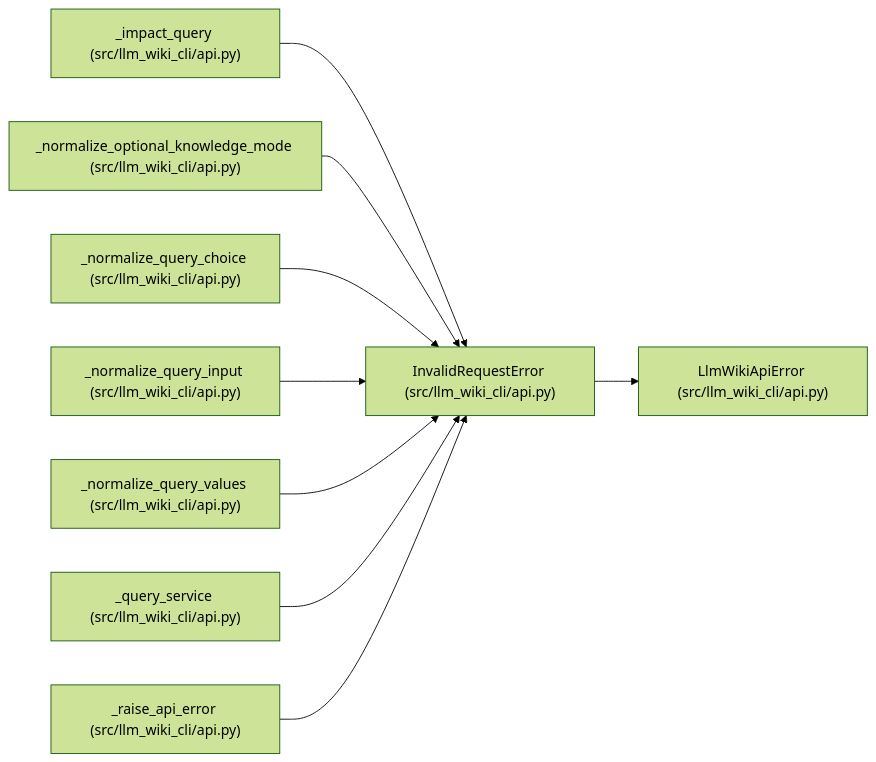
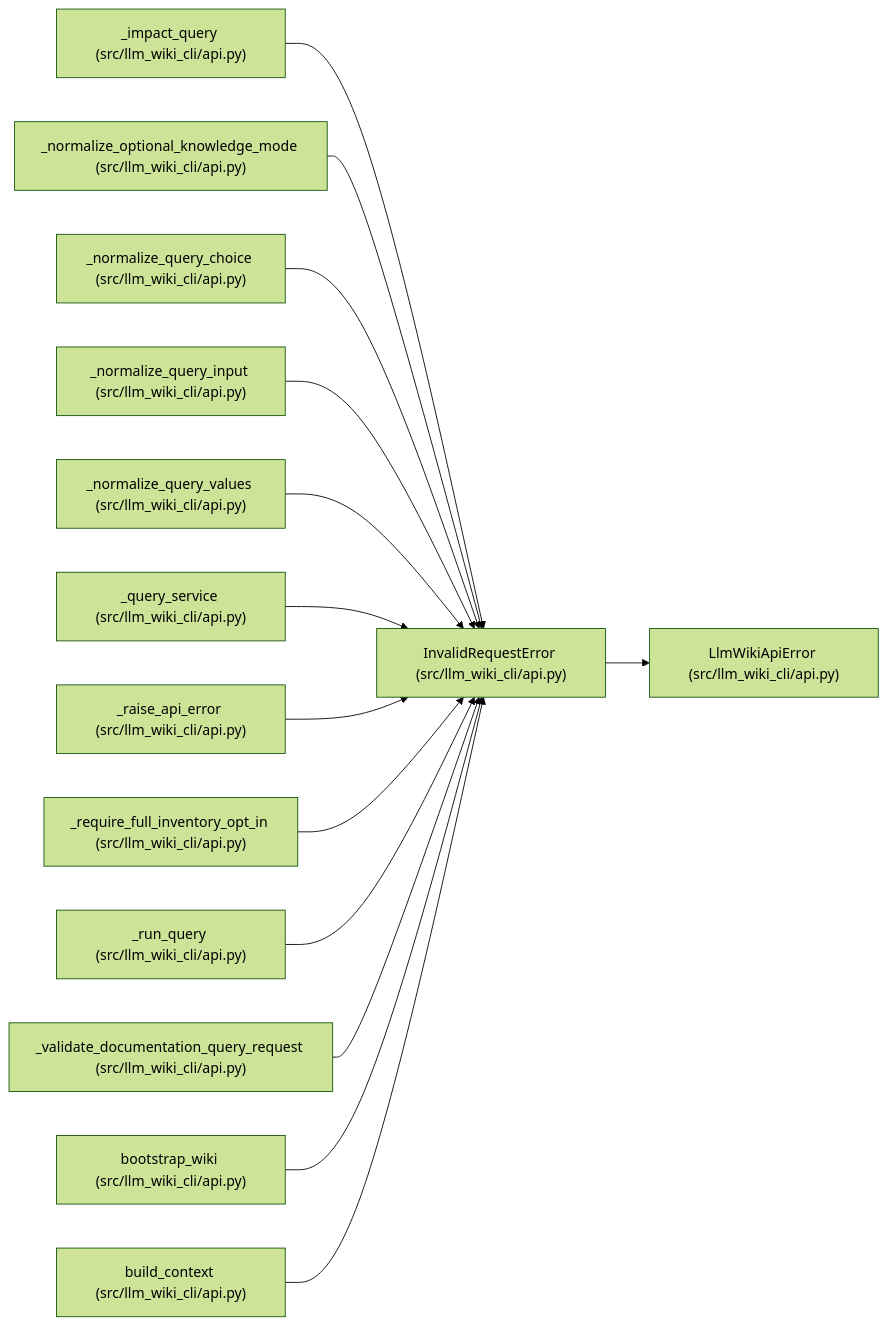
One commit to Denissvgn/python-wiki-llm changed the diagram in docs/llm_wiki/entities/InvalidRequestError.md. Above: the diagram before and after it, drawn with Mermaid (forest theme). The commit also changed other lines of this file and 493 other files, not shown here.

````diff
--- a/docs/llm_wiki/entities/InvalidRequestError.md
+++ b/docs/llm_wiki/entities/InvalidRequestError.md
@@ -23,29 +23,44 @@
 ```mermaid
 flowchart LR
     n0["InvalidRequestError (src/llm_wiki_cli/api.py)"]
     n1["LlmWikiApiError (src/llm_wiki_cli/api.py)"]
     n2["_impact_query (src/llm_wiki_cli/api.py)"]
     n3["_normalize_optional_knowledge_mode (src/llm_wiki_cli/api.py)"]
     n4["_normalize_query_choice (src/llm_wiki_cli/api.py)"]
     n5["_normalize_query_input (src/llm_wiki_cli/api.py)"]
     n6["_normalize_query_values (src/llm_wiki_cli/api.py)"]
     n7["_query_service (src/llm_wiki_cli/api.py)"]
     n8["_raise_api_error (src/llm_wiki_cli/api.py)"]
+    n9["_require_full_inventory_opt_in (src/llm_wiki_cli/api.py)"]
+    n10["_run_query (src/llm_wiki_cli/api.py)"]
+    n11["_validate_documentation_query_request (src/llm_wiki_cli/api.py)"]
+    n12["bootstrap_wiki (src/llm_wiki_cli/api.py)"]
+    n13["build_context (src/llm_wiki_cli/api.py)"]
     n0 --> n1
     n2 --> n0
     n3 --> n0
     n4 --> n0
     n5 --> n0
     n6 --> n0
     n7 --> n0
     n8 --> n0
+    n9 --> n0
+    n10 --> n0
+    n11 --> n0
+    n12 --> n0
+    n13 --> n0
     click n0 "../modules/api.md"
     click n1 "../modules/api.md"
     click n2 "../modules/api.md"
     click n3 "../modules/api.md"
     click n4 "../modules/api.md"
     click n5 "../modules/api.md"
     click n6 "../modules/api.md"
     click n7 "../modules/api.md"
     click n8 "../modules/api.md"
+    click n9 "../modules/api.md"
+    click n10 "../modules/api.md"
+    click n11 "../modules/api.md"
+    click n12 "../modules/api.md"
+    click n13 "../modules/api.md"
 ```
````
